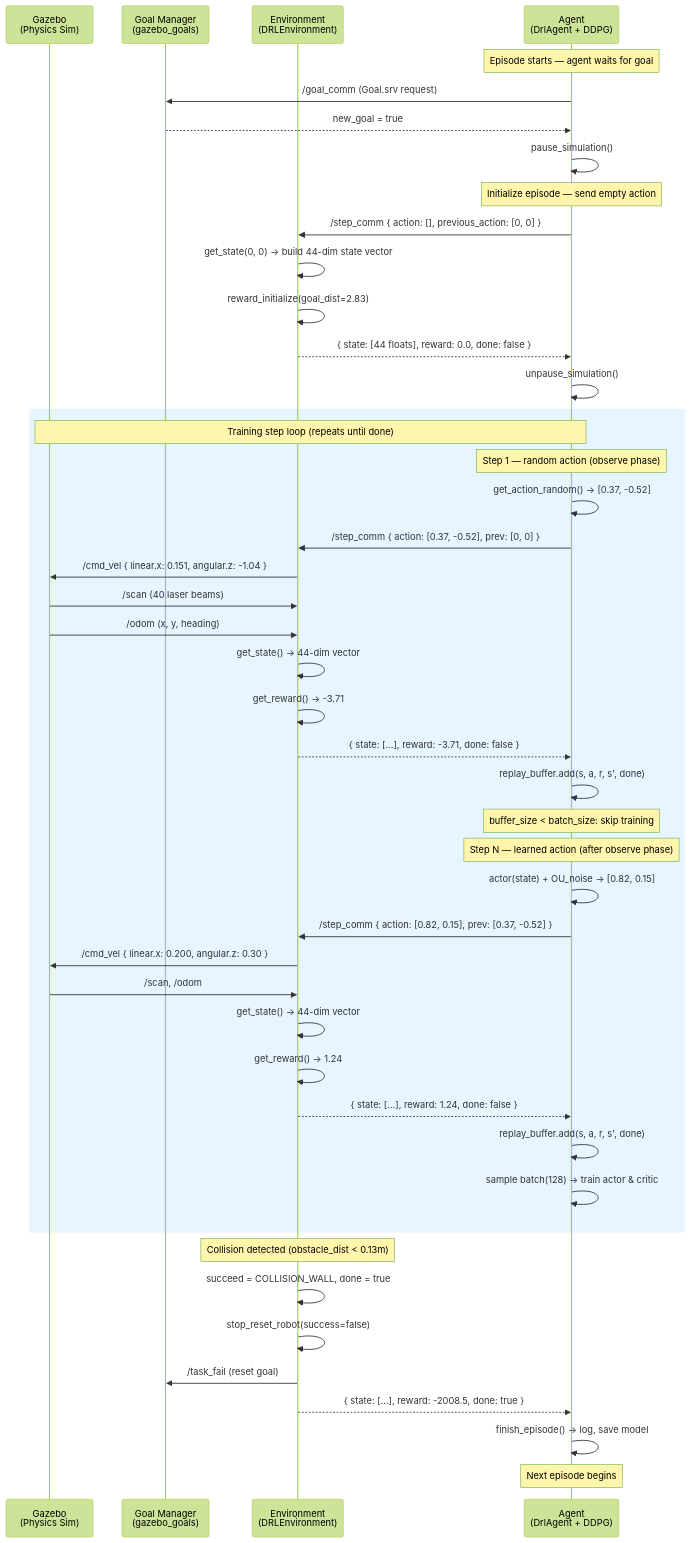
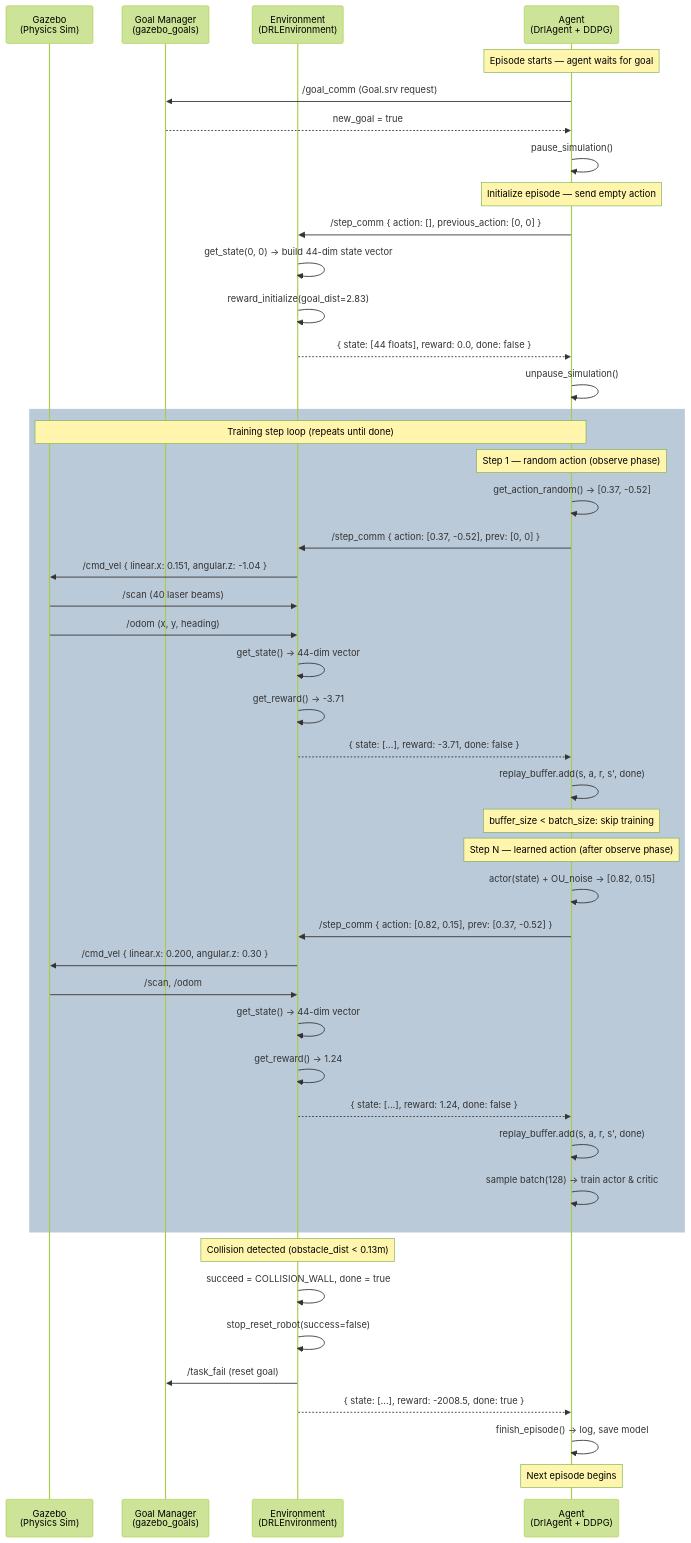
One commit to aegean-ai/turtlebot3_drlnav changed the third of 5 diagrams in README.md. Above: the diagram before and after it, drawn with Mermaid (forest theme).

Commit message:
Fix Mermaid sequence diagram rect background for dark mode
Change rect highlight from opaque light blue rgb(230, 245, 255) to
semi-transparent rgba(30, 80, 130, 0.3) so the training step loop
is visible on both light and dark GitHub themes.

````diff
--- a/README.md
+++ b/README.md
@@ -490,59 +490,59 @@
 ```mermaid
 sequenceDiagram
     participant G as Gazebo<br/>(Physics Sim)
     participant GM as Goal Manager<br/>(gazebo_goals)
     participant E as Environment<br/>(DRLEnvironment)
     participant A as Agent<br/>(DrlAgent + DDPG)
 
     Note over A: Episode starts — agent waits for goal
     A->>GM: /goal_comm (Goal.srv request)
     GM-->>A: new_goal = true
     A->>A: pause_simulation()
 
     Note over A: Initialize episode — send empty action
     A->>E: /step_comm { action: [], previous_action: [0, 0] }
     E->>E: get_state(0, 0) → build 44-dim state vector
     E->>E: reward_initialize(goal_dist=2.83)
     E-->>A: { state: [44 floats], reward: 0.0, done: false }
 
     A->>A: unpause_simulation()
 
-    rect rgb(230, 245, 255)
+    rect rgba(30, 80, 130, 0.3)
         Note over G,A: Training step loop (repeats until done)
 
         Note over A: Step 1 — random action (observe phase)
         A->>A: get_action_random() → [0.37, -0.52]
         A->>E: /step_comm { action: [0.37, -0.52], prev: [0, 0] }
 
         E->>G: /cmd_vel { linear.x: 0.151, angular.z: -1.04 }
         G->>E: /scan (40 laser beams)
         G->>E: /odom (x, y, heading)
         E->>E: get_state() → 44-dim vector
         E->>E: get_reward() → -3.71
         E-->>A: { state: [...], reward: -3.71, done: false }
 
         A->>A: replay_buffer.add(s, a, r, s', done)
         Note over A: buffer_size < batch_size: skip training
 
         Note over A: Step N — learned action (after observe phase)
         A->>A: actor(state) + OU_noise → [0.82, 0.15]
         A->>E: /step_comm { action: [0.82, 0.15], prev: [0.37, -0.52] }
         E->>G: /cmd_vel { linear.x: 0.200, angular.z: 0.30 }
         G->>E: /scan, /odom
         E->>E: get_state() → 44-dim vector
         E->>E: get_reward() → 1.24
         E-->>A: { state: [...], reward: 1.24, done: false }
 
         A->>A: replay_buffer.add(s, a, r, s', done)
         A->>A: sample batch(128) → train actor & critic
     end
 
     Note over E: Collision detected (obstacle_dist < 0.13m)
     E->>E: succeed = COLLISION_WALL, done = true
     E->>E: stop_reset_robot(success=false)
     E->>GM: /task_fail (reset goal)
     E-->>A: { state: [...], reward: -2008.5, done: true }
 
     A->>A: finish_episode() → log, save model
     Note over A: Next episode begins
 ```
````
